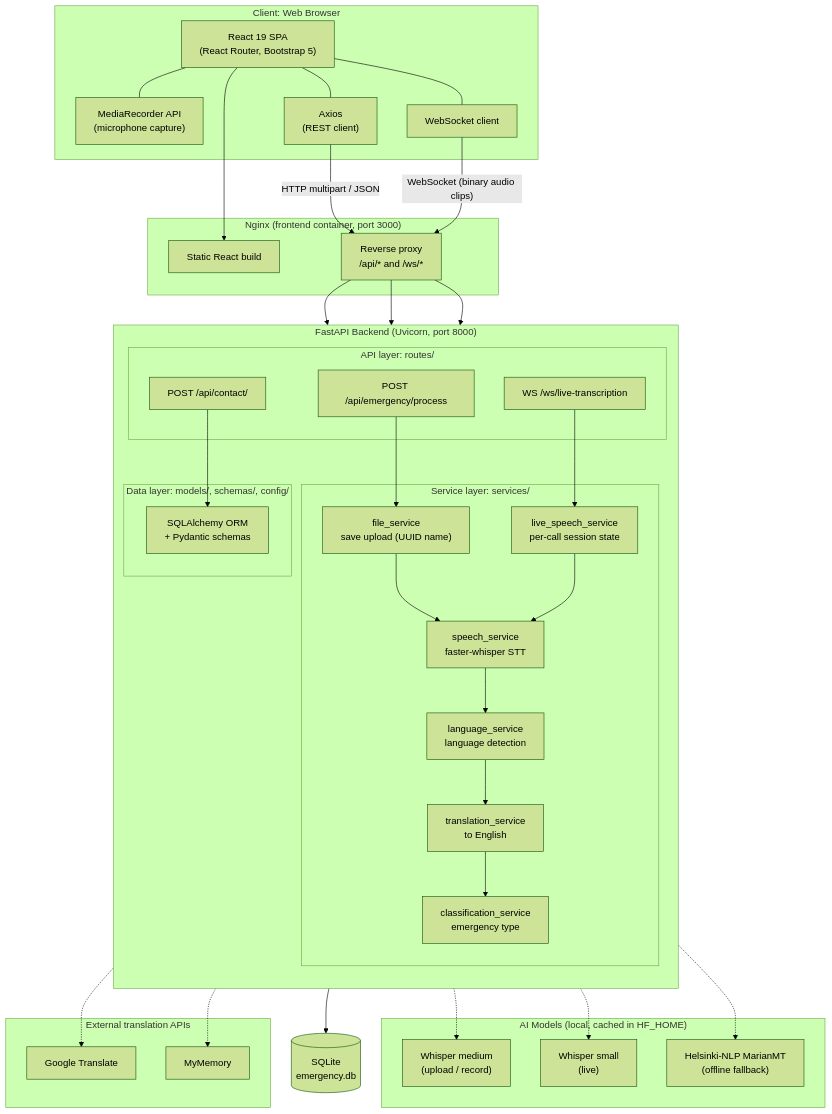
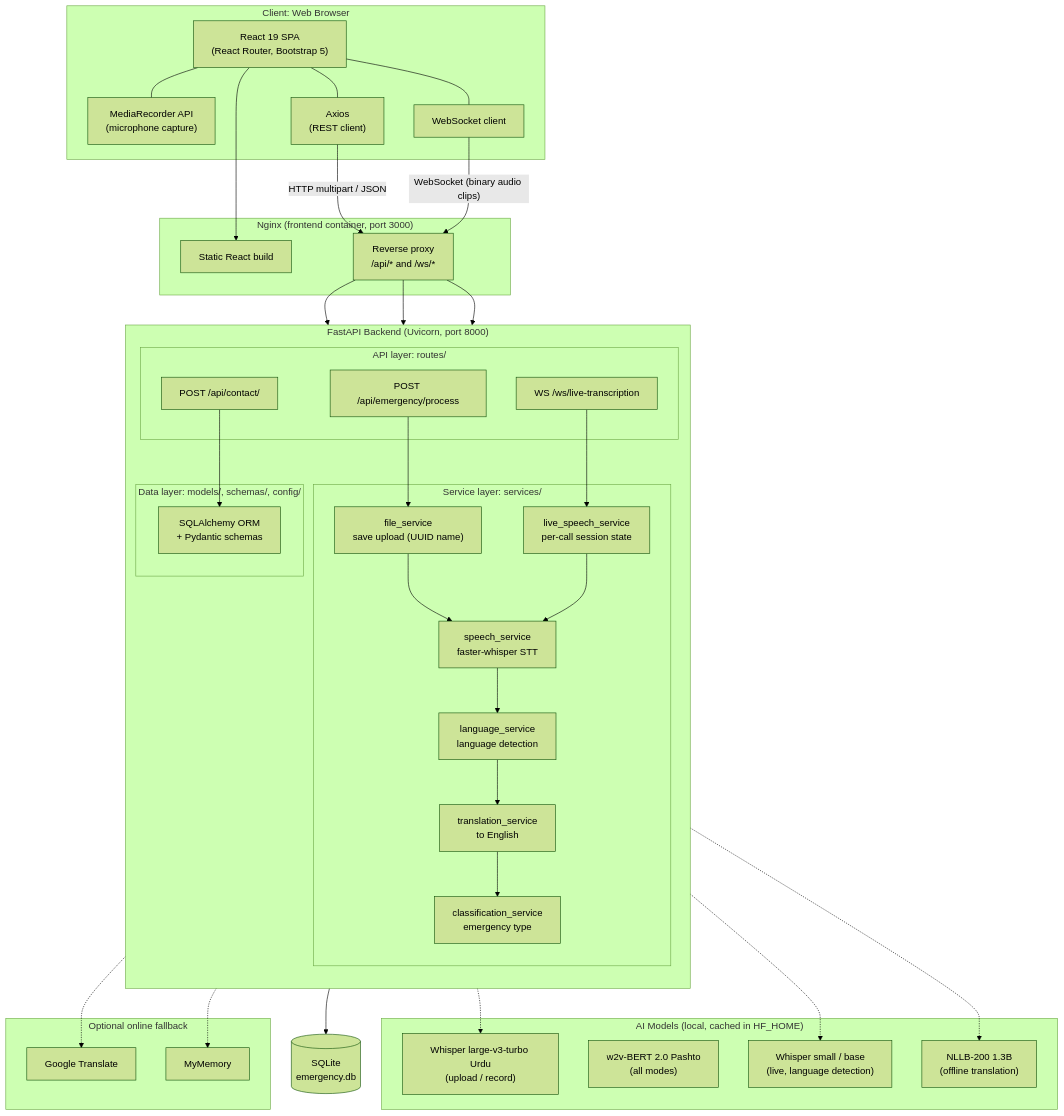
One commit to waqar3626/EmergencyCallTranslation changed the first of 5 diagrams in README.md. Above: the diagram before and after it, drawn with Mermaid (forest theme). The commit also changed other lines of this file and 11 other files, not shown here.

````diff
--- a/README.md
+++ b/README.md
@@ -54,68 +54,69 @@
 ```mermaid
 flowchart TB
     subgraph Client["Client: Web Browser"]
         UI["React 19 SPA<br/>(React Router, Bootstrap 5)"]
         MIC["MediaRecorder API<br/>(microphone capture)"]
         AX["Axios<br/>(REST client)"]
         WSC["WebSocket client"]
         UI --- MIC
         UI --- AX
         UI --- WSC
     end
 
     subgraph Proxy["Nginx (frontend container, port 3000)"]
         STATIC["Static React build"]
         RP["Reverse proxy<br/>/api/* and /ws/*"]
     end
 
     subgraph Backend["FastAPI Backend (Uvicorn, port 8000)"]
         direction TB
         subgraph Routes["API layer: routes/"]
             R1["POST /api/emergency/process"]
             R2["WS /ws/live-transcription"]
             R3["POST /api/contact/"]
         end
         subgraph Services["Service layer: services/"]
             FS["file_service<br/>save upload (UUID name)"]
             LS["live_speech_service<br/>per-call session state"]
             STT["speech_service<br/>faster-whisper STT"]
             LD["language_service<br/>language detection"]
             TR["translation_service<br/>to English"]
             CL["classification_service<br/>emergency type"]
         end
         subgraph Data["Data layer: models/, schemas/, config/"]
             ORM["SQLAlchemy ORM<br/>+ Pydantic schemas"]
         end
     end
 
     subgraph AI["AI Models (local, cached in HF_HOME)"]
-        WM["Whisper medium<br/>(upload / record)"]
-        WL["Whisper small<br/>(live)"]
-        MT["Helsinki-NLP MarianMT<br/>(offline fallback)"]
+        WM["Whisper large-v3-turbo Urdu<br/>(upload / record)"]
+        WP["w2v-BERT 2.0 Pashto<br/>(all modes)"]
+        WL["Whisper small / base<br/>(live, language detection)"]
+        MT["NLLB-200 1.3B<br/>(offline translation)"]
     end
 
-    subgraph External["External translation APIs"]
+    subgraph External["Optional online fallback"]
         GT["Google Translate"]
         MM["MyMemory"]
     end
 
     DB[("SQLite<br/>emergency.db")]
 
     UI --> STATIC
     AX -- "HTTP multipart / JSON" --> RP
     WSC -- "WebSocket (binary audio clips)" --> RP
     RP --> R1
     RP --> R2
     RP --> R3
 
     R1 --> FS --> STT
     R2 --> LS --> STT
     STT --> LD --> TR --> CL
     R3 --> ORM --> DB
 
     STT -.-> WM
     STT -.-> WL
     TR -.-> GT
     TR -.-> MM
     TR -.-> MT
 ```
````
